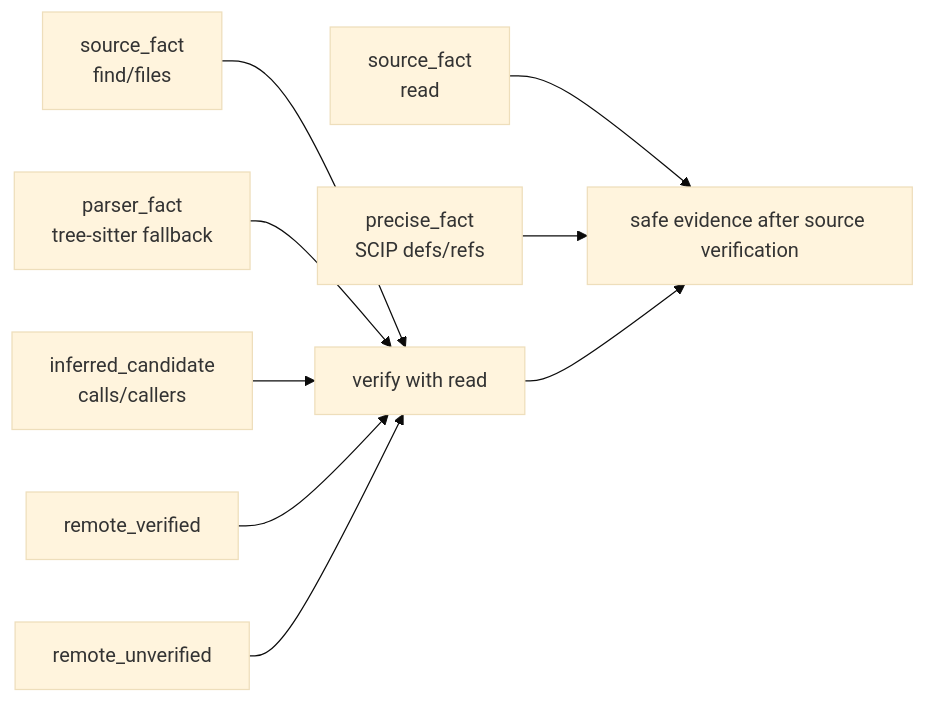
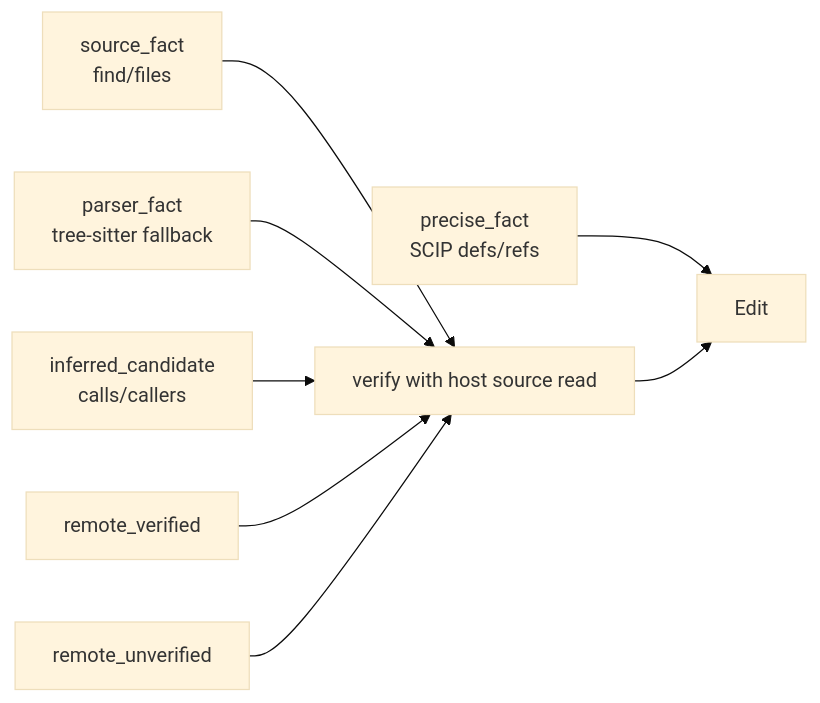
One commit to mars167/CodeTrail changed the second of 2 diagrams in docs/02-command-contract.md. Above: the diagram before and after it, drawn with Mermaid (base theme). The commit also changed other lines of this file and 26 other files, not shown here.

````diff
--- a/docs/02-command-contract.md
+++ b/docs/02-command-contract.md
@@ -260,11 +248,10 @@
 ```mermaid
 flowchart LR
-  Source["source_fact\nfind/files"] --> Verify["verify with read"]
-  Read["source_fact\nread"] --> Edit["safe evidence after source verification"]
+  Source["source_fact\nfind/files"] --> Verify["verify with host source read"]
   Precise["precise_fact\nSCIP defs/refs"] --> Edit
-  Parser["parser_fact\ntree-sitter fallback"] --> Verify["verify with read"]
+  Parser["parser_fact\ntree-sitter fallback"] --> Verify
   Candidate["inferred_candidate\ncalls/callers"] --> Verify
   RemoteOk["remote_verified"] --> Verify
   RemoteBad["remote_unverified"] --> Verify
   Verify --> Edit
 ```
````
